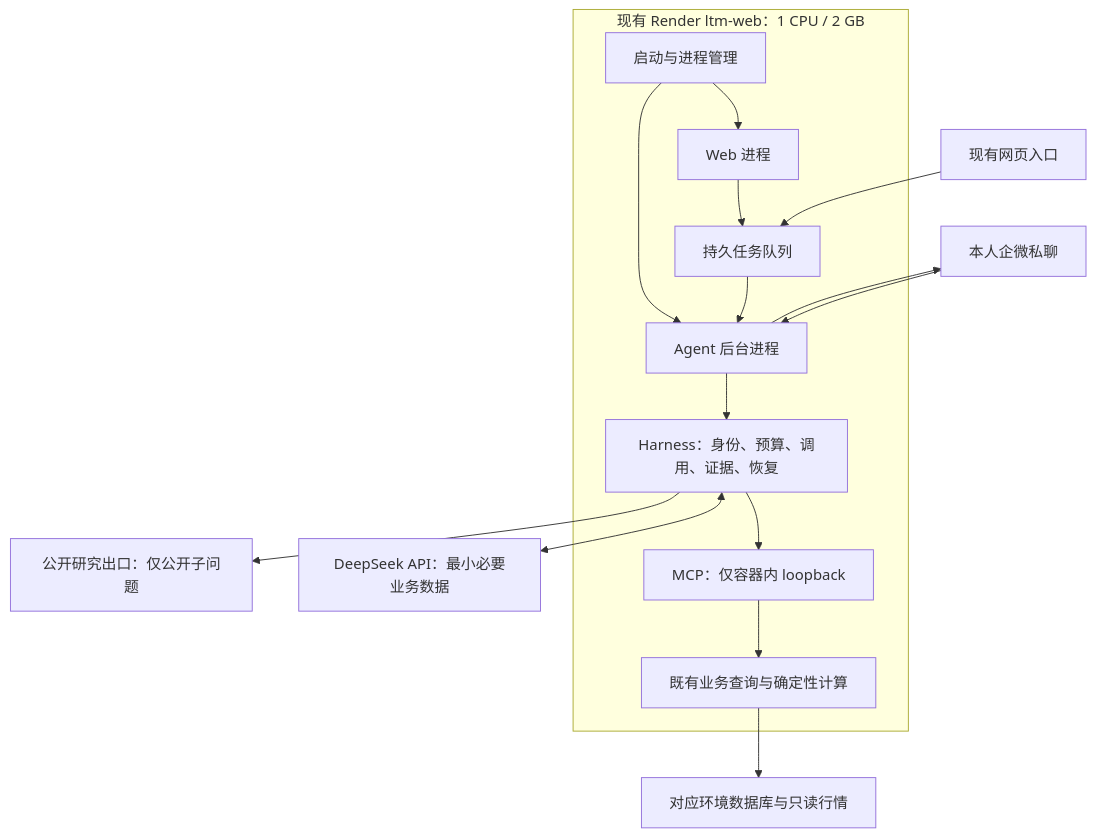
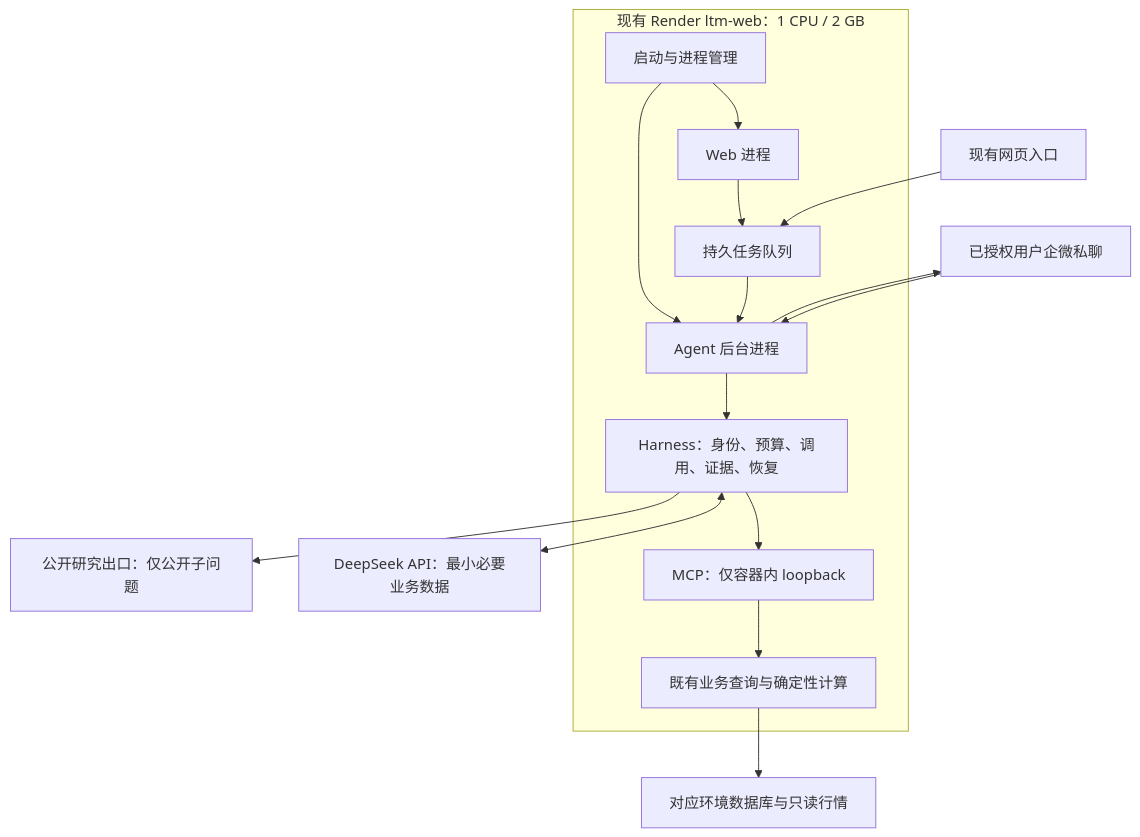
One commit to killernoob2010/ltm-web changed the diagram in docs/superpowers/specs/2026-09-09-trading-agent-v2-shared-render-design.md. Above: the diagram before and after it, drawn with Mermaid. The commit also changed other lines of this file and 11 other files, not shown here.

````diff
--- a/docs/superpowers/specs/2026-09-09-trading-agent-v2-shared-render-design.md
+++ b/docs/superpowers/specs/2026-09-09-trading-agent-v2-shared-render-design.md
@@ -41,18 +43,18 @@
 ```mermaid
 flowchart TD
-    U[本人企微私聊] --> A
+    U[已授权用户企微私聊] --> A
     W[现有网页入口] --> Q
     subgraph R[现有 Render ltm-web：1 CPU / 2 GB]
       S[启动与进程管理] --> WEB[Web 进程]
       S --> A[Agent 后台进程]
       WEB --> Q[持久任务队列]
       Q --> A
       A --> H[Harness：身份、预算、调用、证据、恢复]
       H --> M[MCP：仅容器内 loopback]
       M --> B[既有业务查询与确定性计算]
     end
     H <--> D[DeepSeek API：最小必要业务数据]
     H --> E[公开研究出口：仅公开子问题]
     B --> DB[对应环境数据库与只读行情]
     A --> U
 ```
````
